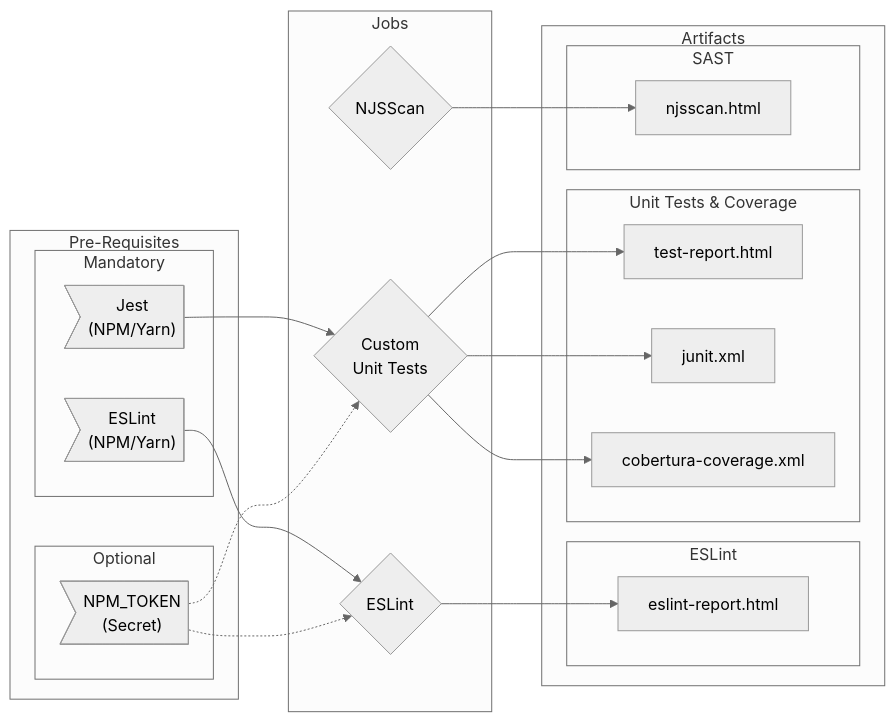
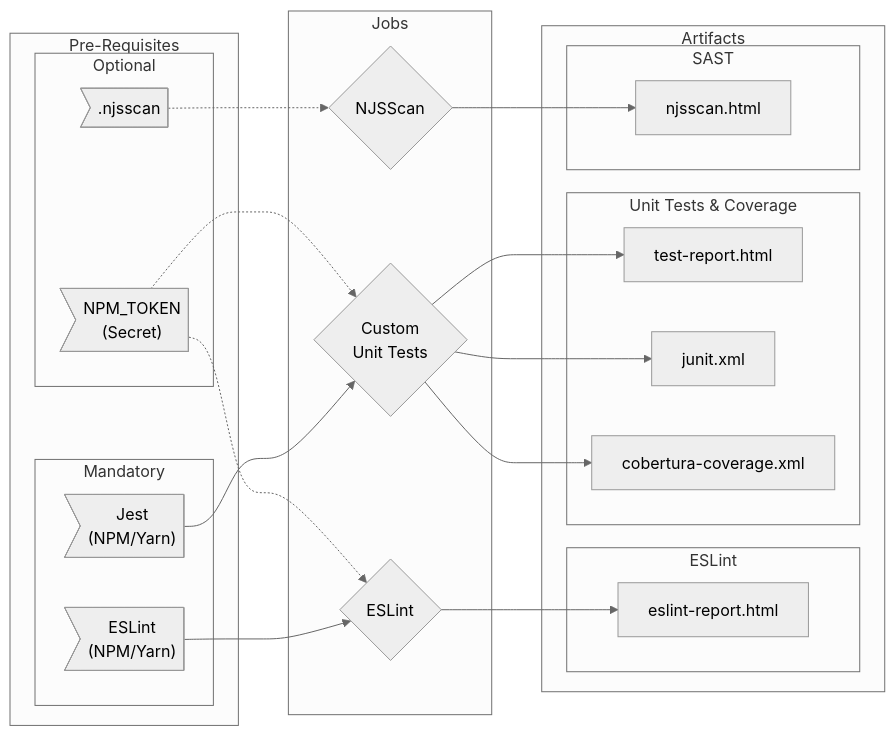
Before and after one commit to erzz/workflows: the diagram in docs/node-tests/README.md, drawn with Mermaid.

Commit message:
docs(node-tests): add missing njsscan dependency

````diff
--- a/docs/node-tests/README.md
+++ b/docs/node-tests/README.md
@@ -24,45 +24,47 @@
 ```mermaid
 %%{init: {'theme': 'neutral'}}%%
 
 flowchart LR
   subgraph Pre-Requisites
     subgraph Mandatory
       eslint-package>"ESLint\n(NPM/Yarn)"]
       jest-package>"Jest\n(NPM/Yarn)"]
     end
     subgraph Optional
       npm-token>"NPM_TOKEN\n(Secret)"]
+      njs-conf>".njsscan"]
     end
   end
   subgraph Jobs
     code-quality{"ESLint"}
     unit-tests{"Custom\nUnit Tests"}
     sast{"NJSScan"}
   end
   subgraph Artifacts
     subgraph ESLint
       es-html["eslint-report.html"]
     end
     subgraph Unit Tests & Coverage
       test-report-html["test-report.html"]
       junit-xml["junit.xml"]
       cobertura-xml["cobertura-coverage.xml"]
     end
     subgraph SAST
       njsscan-html["njsscan.html"]
     end
   end
 
   %% dependencies -> Jobs
   eslint-package-->code-quality
   jest-package-->unit-tests
   npm-token-.->code-quality
   npm-token-.->unit-tests
+  njs-conf-.->sast
   
   %% Jobs -> Artifacts
   code-quality-->es-html
   sast-->njsscan-html
   unit-tests-->test-report-html
   unit-tests-->junit-xml
   unit-tests-->cobertura-xml
 ```
````
